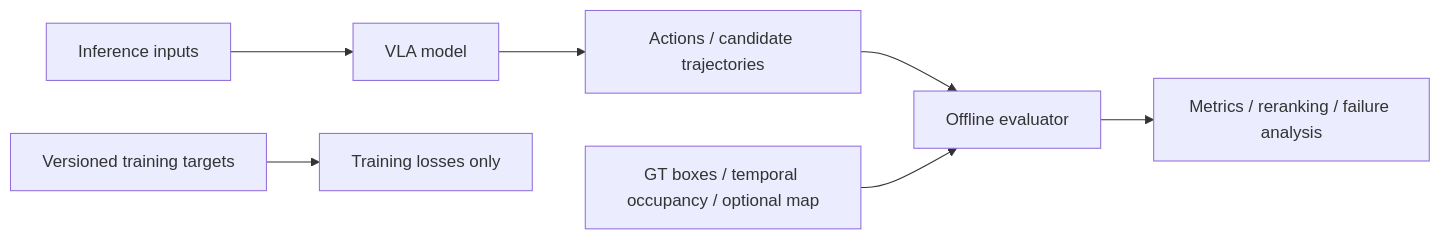
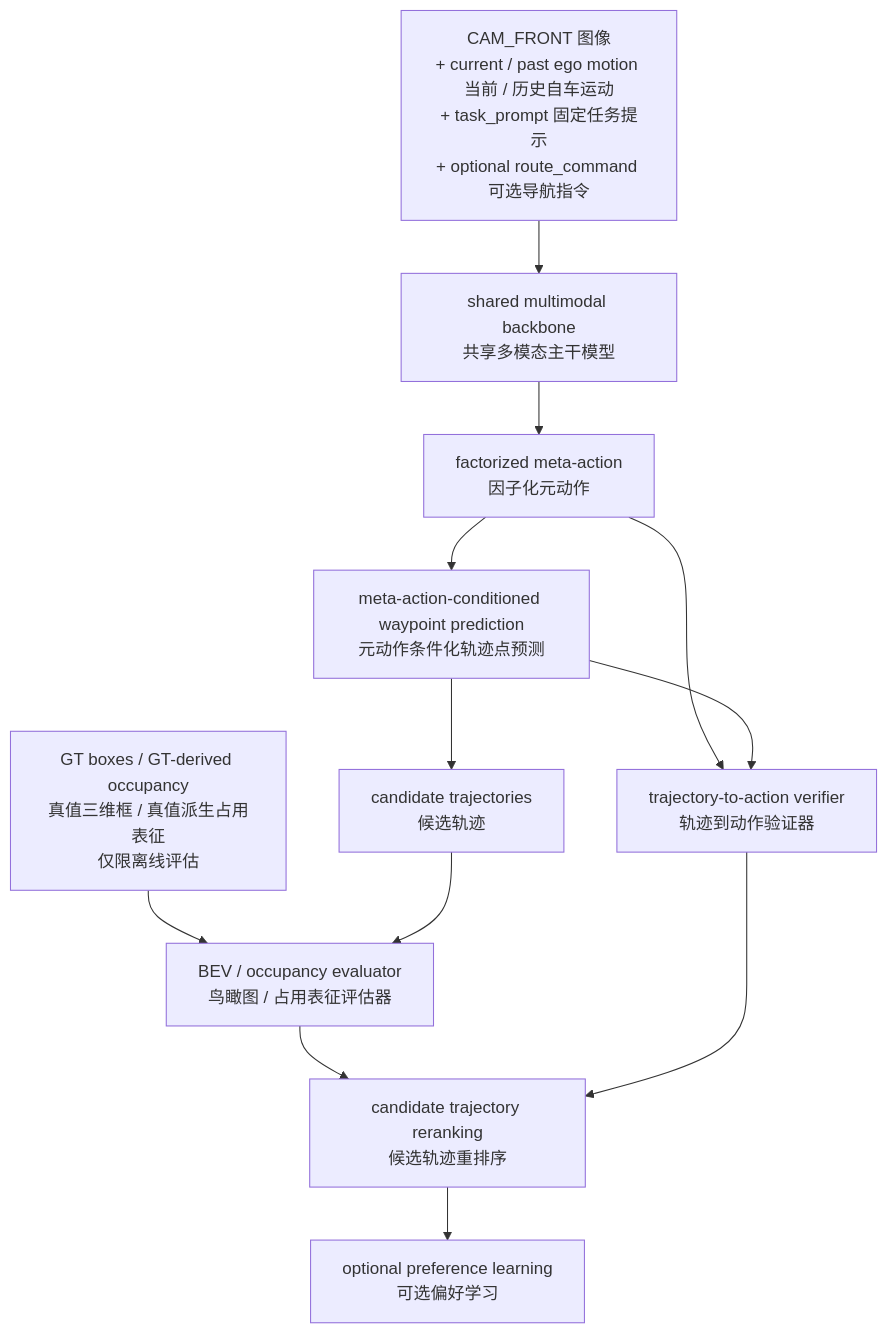
One commit to TNAG031231/4vla_learning changed the first of 2 diagrams in project_mvp_plan.md. Above: the diagram before and after it, drawn with Mermaid. The commit also changed other lines of this file, not shown here.

Commit message:
docs: refine VLA action space and project positioning

````diff
--- a/project_mvp_plan.md
+++ b/project_mvp_plan.md
@@ -219,9 +75,14 @@
 ```mermaid
-flowchart LR
-    A["Inference inputs"] --> B["VLA model"]
-    B --> C["Actions / candidate trajectories"]
-    D["Versioned training targets"] --> E["Training losses only"]
-    C --> F["Offline evaluator"]
-    G["GT boxes / temporal occupancy / optional map"] --> F
-    F --> H["Metrics / reranking / failure analysis"]
+flowchart TD
+    A["CAM_FRONT 图像<br/>+ current / past ego motion 当前 / 历史自车运动<br/>+ task_prompt 固定任务提示<br/>+ optional route_command 可选导航指令"] --> B["shared multimodal backbone<br/>共享多模态主干模型"]
+    B --> C["factorized meta-action<br/>因子化元动作"]
+    C --> D["meta-action-conditioned waypoint prediction<br/>元动作条件化轨迹点预测"]
+    C --> E["trajectory-to-action verifier<br/>轨迹到动作验证器"]
+    D --> E
+    D --> F["candidate trajectories<br/>候选轨迹"]
+    G["GT boxes / GT-derived occupancy<br/>真值三维框 / 真值派生占用表征<br/>仅限离线评估"] --> H["BEV / occupancy evaluator<br/>鸟瞰图 / 占用表征评估器"]
+    F --> H
+    H --> I["candidate trajectory reranking<br/>候选轨迹重排序"]
+    E --> I
+    I --> J["optional preference learning<br/>可选偏好学习"]
 ```
````
